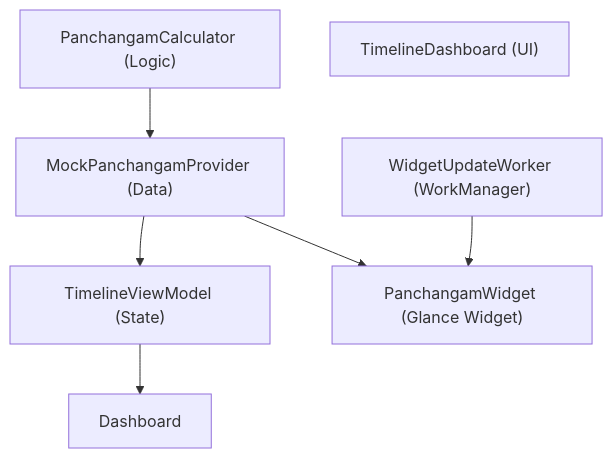
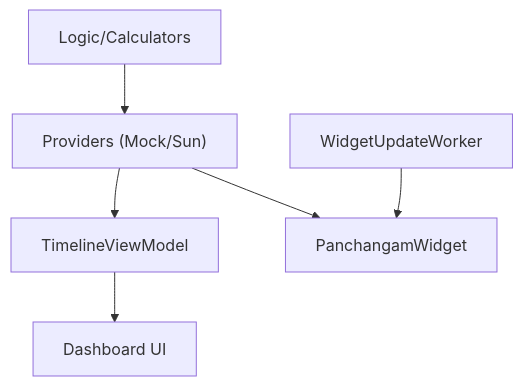
One commit to citsuresh/Sacred-Timeline changed the diagram in docs/CODE_SUMMARY.md. Above: the diagram before and after it, drawn with Mermaid. The commit also changed other lines of this file and 1 other file, not shown here.

````diff
--- a/docs/CODE_SUMMARY.md
+++ b/docs/CODE_SUMMARY.md
@@ -9,15 +7,8 @@
 ```mermaid
 graph TD
-    PanchangamCalculator["PanchangamCalculator (Logic)"]
-    MockPanchangamProvider["MockPanchangamProvider (Data)"]
-    TimelineViewModel["TimelineViewModel (State)"]
-    TimelineDashboard["TimelineDashboard (UI)"]
-    PanchangamWidget["PanchangamWidget (Glance Widget)"]
-    WidgetUpdateWorker["WidgetUpdateWorker (WorkManager)"]
-
-    PanchangamCalculator --> MockPanchangamProvider
-    MockPanchangamProvider --> TimelineViewModel
-    TimelineViewModel --> Dashboard
-    MockPanchangamProvider --> PanchangamWidget
-    WidgetUpdateWorker --> PanchangamWidget
+    Calc["Logic/Calculators"] --> Prov["Providers (Mock/Sun)"]
+    Prov --> VM["TimelineViewModel"]
+    VM --> UI["Dashboard UI"]
+    Prov --> Widget["PanchangamWidget"]
+    Worker["WidgetUpdateWorker"] --> Widget
 ```
````
